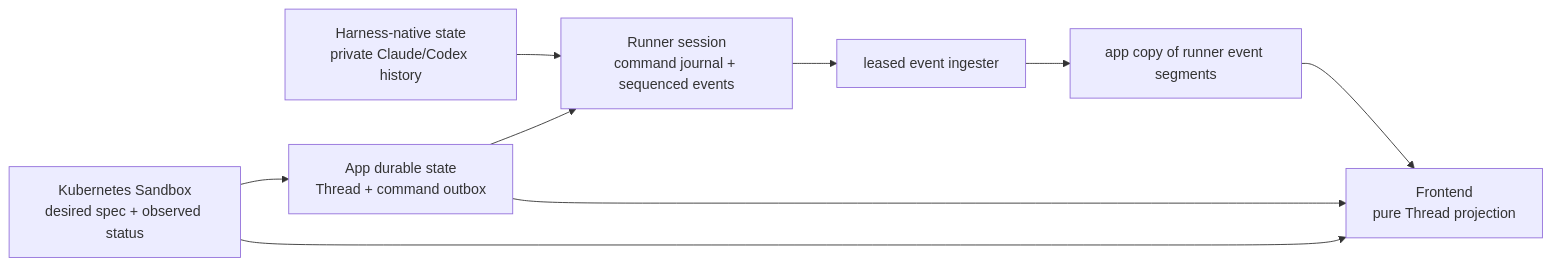
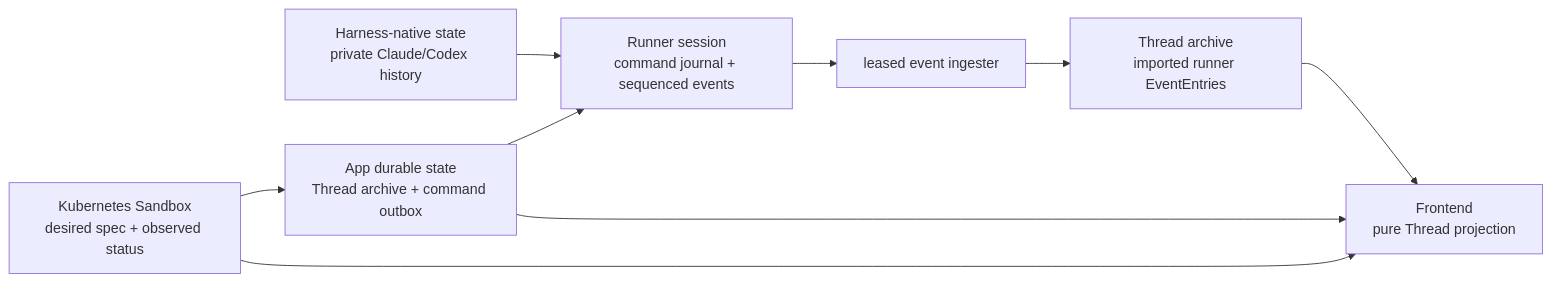
The diagram in x/agentplane/docs/thread_layering.md (agentydragon/ducktape), drawn with Mermaid before and after one commit. The commit also changed other lines of this file and 1 other file, not shown here.

Commit message:
agentplane: define shared followable Event log

````diff
--- a/x/agentplane/docs/thread_layering.md
+++ b/x/agentplane/docs/thread_layering.md
@@ -16,11 +16,11 @@
 ```mermaid
 flowchart LR
     H[Harness-native state<br/>private Claude/Codex history] --> R[Runner session<br/>command journal + sequenced events]
-    A[App durable state<br/>Thread + command outbox] --> R
+    A[App durable state<br/>Thread archive + command outbox] --> R
     R --> I[leased event ingester]
-    I --> E[app copy of runner event segments]
+    I --> E[Thread archive<br/>imported runner EventEntries]
     K[Kubernetes Sandbox<br/>desired spec + observed status] --> A
     A --> F[Frontend<br/>pure Thread projection]
     E --> F
     K --> F
 ```
````
